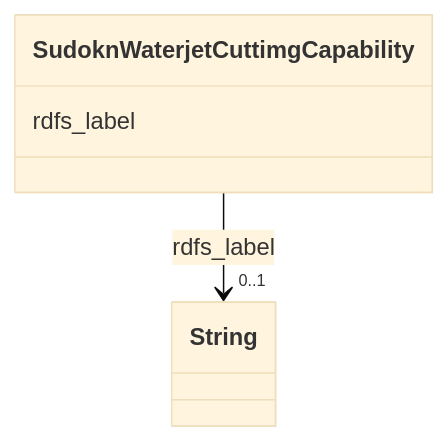
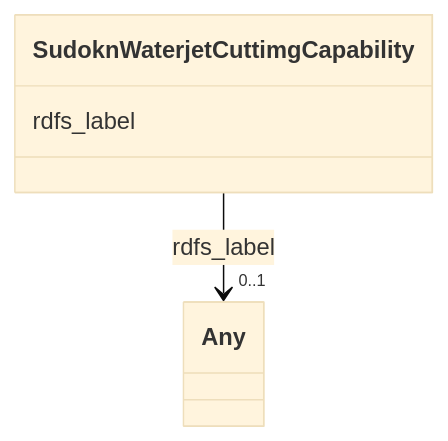
Before and after one commit to frink-okn/graph-descriptions: the diagram in sudokn-kg/classes/SudoknWaterjetCuttimgCapability.md, drawn with Mermaid (base theme). The commit also changed other lines of this file and 903 other files, not shown here.

````diff
--- a/sudokn-kg/classes/SudoknWaterjetCuttimgCapability.md
+++ b/sudokn-kg/classes/SudoknWaterjetCuttimgCapability.md
@@ -23,15 +18,15 @@
 ```mermaid
  classDiagram
     class SudoknWaterjetCuttimgCapability
     click SudoknWaterjetCuttimgCapability href "../SudoknWaterjetCuttimgCapability"
       SudoknWaterjetCuttimgCapability : rdfs_label
         
           
     
     
-    SudoknWaterjetCuttimgCapability --> "0..1" String : rdfs_label
-    click String href "../String"
+    SudoknWaterjetCuttimgCapability --> "0..1" Any : rdfs_label
+    click Any href "../Any"
 
         
       
 ```
````
